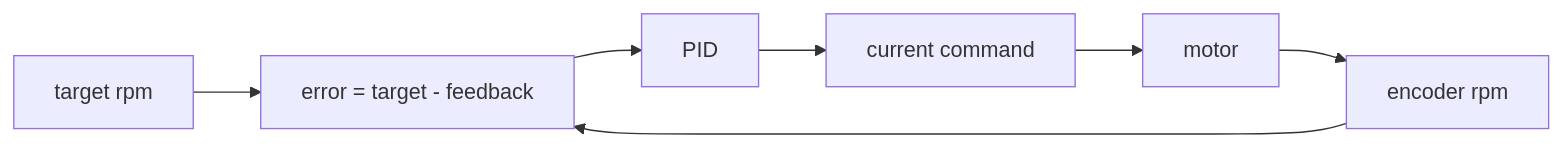
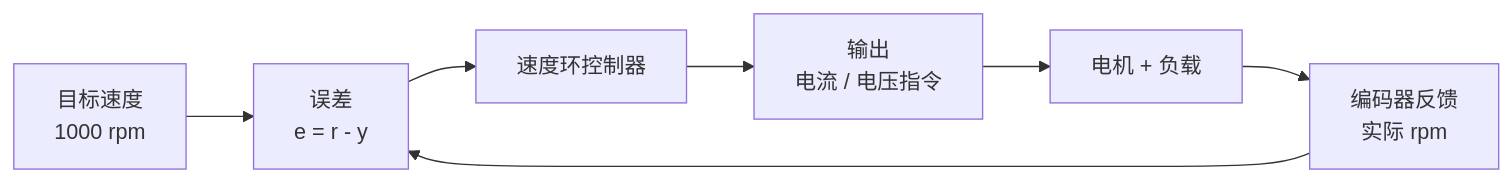
The third of 17 diagrams in decks/kinematics-pid/slides.md (inaku-Gyan/RM-EC-Tutorial-2026-Summer), drawn with Mermaid before and after one commit. The commit also changed other lines of this file, not shown here.

Commit message:
优化 PID 原理讲解

````diff
--- a/decks/kinematics-pid/slides.md
+++ b/decks/kinematics-pid/slides.md
@@ -417,9 +417,9 @@
 ```mermaid
 flowchart LR
-  Target[target rpm] --> Sum[error = target - feedback]
-  Feedback[encoder rpm] --> Sum
-  Sum --> PID[PID]
-  PID --> Output[current command]
-  Output --> Motor[motor]
-  Motor --> Feedback
+  R[目标速度<br/>1000 rpm] --> E[误差<br/>e = r - y]
+  Y[编码器反馈<br/>实际 rpm] --> E
+  E --> C[速度环控制器]
+  C --> U[输出<br/>电流 / 电压指令]
+  U --> M[电机 + 负载]
+  M --> Y
 ```
````
